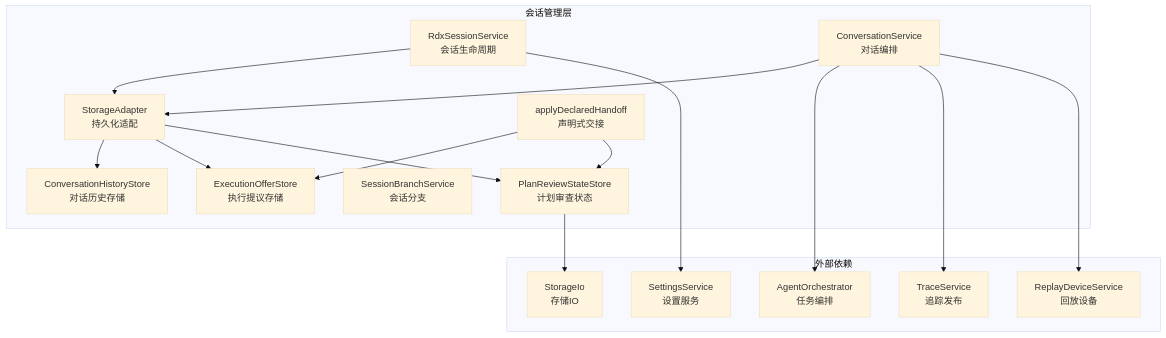
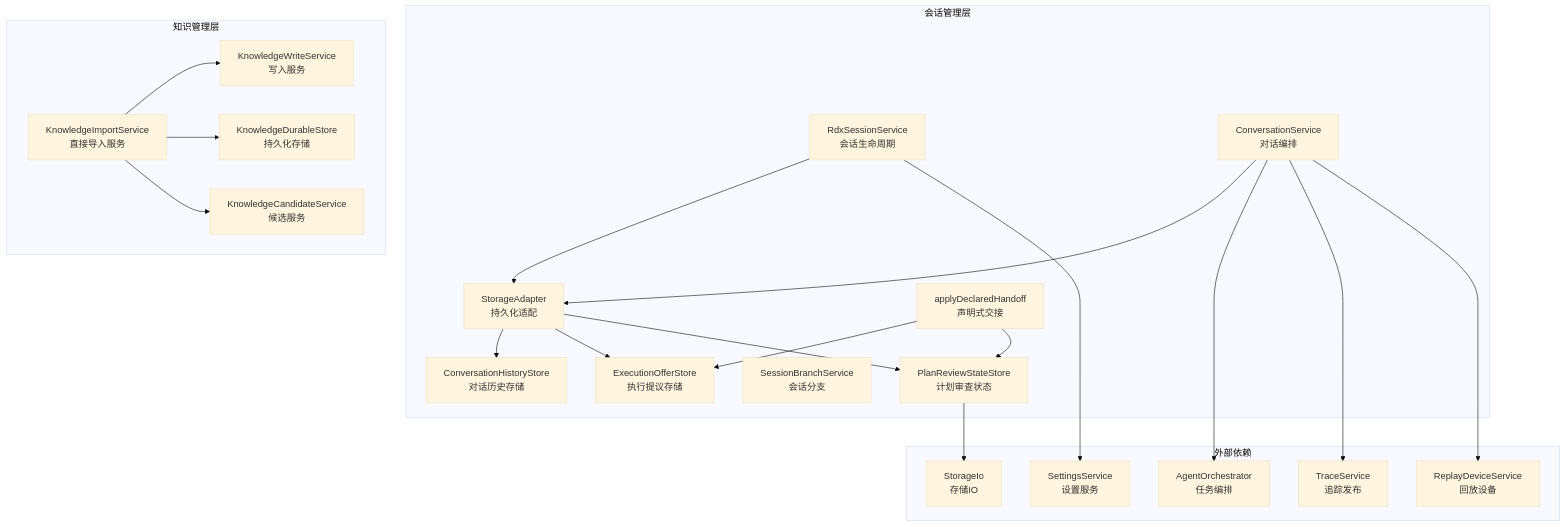
One commit to haolange/RDC-Agent changed the first of 9 diagrams in .qoder/repowiki/zh/content/核心模块/会话管理系统/会话管理系统.md. Above: the diagram before and after it, drawn with Mermaid (base theme). The commit also changed other lines of this file and 6 other files, not shown here.

````diff
--- a/.qoder/repowiki/zh/content/核心模块/会话管理系统/会话管理系统.md
+++ b/.qoder/repowiki/zh/content/核心模块/会话管理系统/会话管理系统.md
@@ -57,32 +62,41 @@
 ```mermaid
 graph TB
 subgraph "会话管理层"
 A["RdxSessionService<br/>会话生命周期"]
 B["ConversationService<br/>对话编排"]
 C["StorageAdapter<br/>持久化适配"]
 D["applyDeclaredHandoff<br/>声明式交接"]
 E["ExecutionOfferStore<br/>执行提议存储"]
 F["ConversationHistoryStore<br/>对话历史存储"]
 G["SessionBranchService<br/>会话分支"]
 H["PlanReviewStateStore<br/>计划审查状态"]
 end
+subgraph "知识管理层"
+I["KnowledgeImportService<br/>直接导入服务"]
+J["KnowledgeWriteService<br/>写入服务"]
+K["KnowledgeCandidateService<br/>候选服务"]
+L["KnowledgeDurableStore<br/>持久化存储"]
+end
 subgraph "外部依赖"
-I["AgentOrchestrator<br/>任务编排"]
-J["TraceService<br/>追踪发布"]
-K["ReplayDeviceService<br/>回放设备"]
-L["SettingsService<br/>设置服务"]
-M["StorageIo<br/>存储IO"]
+M["AgentOrchestrator<br/>任务编排"]
+N["TraceService<br/>追踪发布"]
+O["ReplayDeviceService<br/>回放设备"]
+P["SettingsService<br/>设置服务"]
+Q["StorageIo<br/>存储IO"]
 end
 A --> C
 B --> C
-B --> I
-B --> J
+B --> M
+B --> N
 C --> F
 C --> E
 C --> H
-B --> K
-A --> L
-H --> M
+B --> O
+A --> P
+H --> Q
 D --> E
 D --> H
+I --> J
+I --> L
+I --> K
 ```
````
